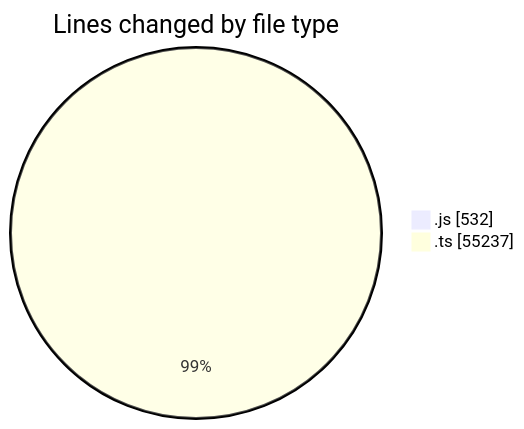
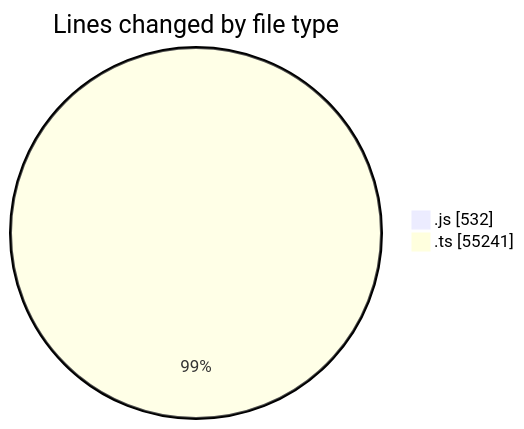
Before and after one commit to momahboobian/code-tracking: the first of 2 diagrams in 2025-06-19/cda/README.md, drawn with Mermaid. The commit also changed other lines of this file and 1 other file, not shown here.

````diff
--- a/2025-06-19/cda/README.md
+++ b/2025-06-19/cda/README.md
@@ -32,6 +32,6 @@
 ```mermaid
 pie showData
 title Lines changed by file type
 ".js" : 532
-".ts" : 55237
+".ts" : 55241
 ```
````
